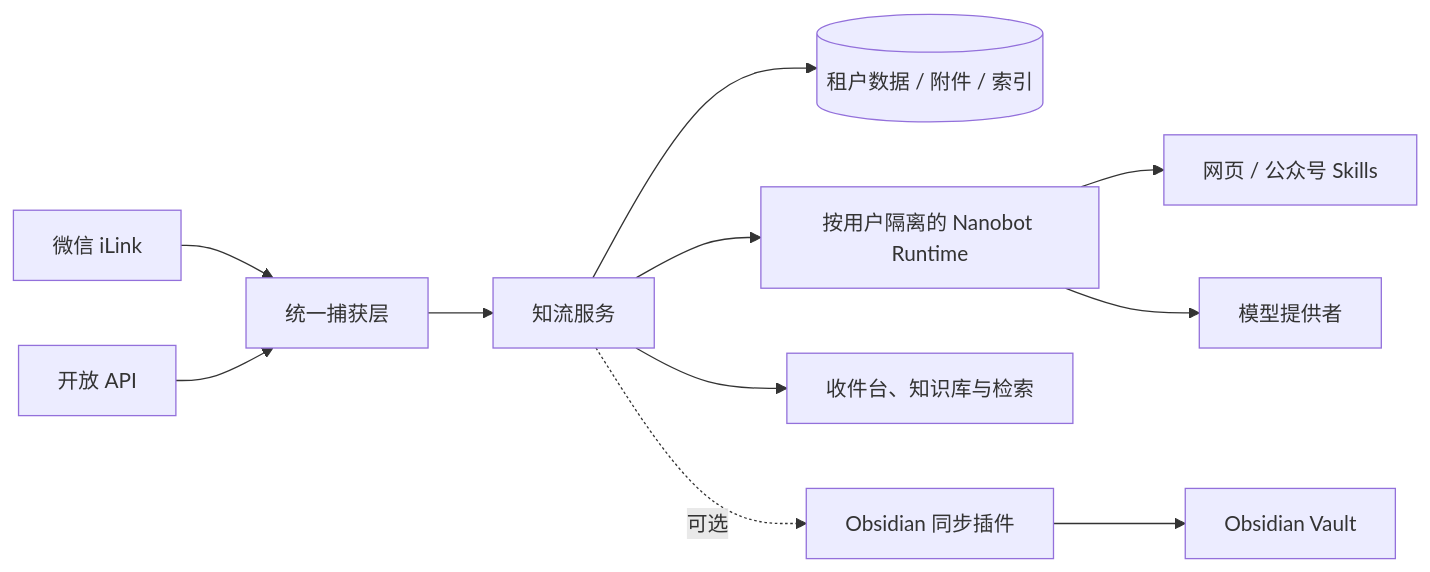
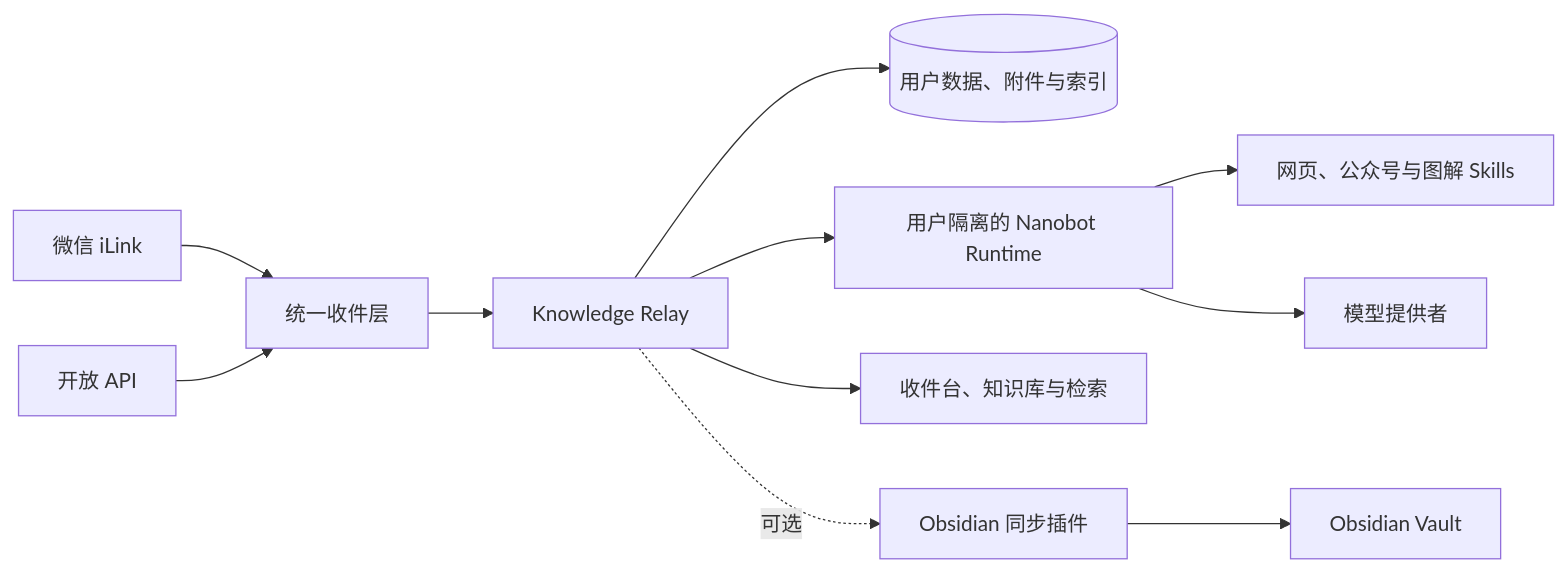
One commit to qianshulab/knowledge-relay changed the diagram in README.md. Above: the diagram before and after it, drawn with Mermaid. The commit also changed other lines of this file and 3 other files, not shown here.

````diff
--- a/README.md
+++ b/README.md
@@ -29,13 +32,13 @@
 ```mermaid
 flowchart LR
-    W["微信 iLink"] --> C["统一捕获层"]
+    W["微信 iLink"] --> C["统一收件层"]
     A["开放 API"] --> C
-    C --> K["知流服务"]
-    K --> D[("租户数据 / 附件 / 索引")]
-    K --> N["按用户隔离的 Nanobot Runtime"]
-    N --> S["网页 / 公众号 Skills"]
+    C --> K["Knowledge Relay"]
+    K --> D[("用户数据、附件与索引")]
+    K --> N["用户隔离的 Nanobot Runtime"]
+    N --> S["网页、公众号与图解 Skills"]
     N --> M["模型提供者"]
-    K --> L["收件台、知识库与检索"]
+    K --> U["收件台、知识库与检索"]
     K -. 可选 .-> O["Obsidian 同步插件"]
     O --> V["Obsidian Vault"]
 ```
````
